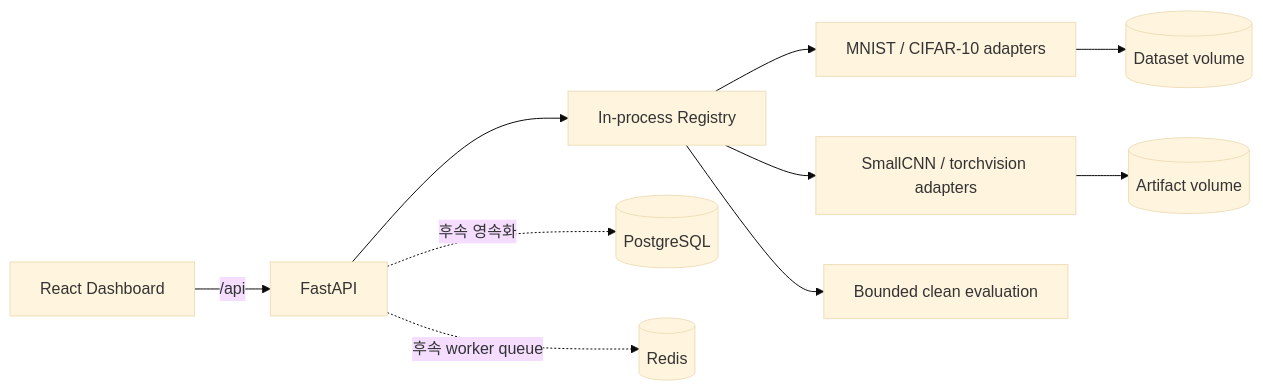
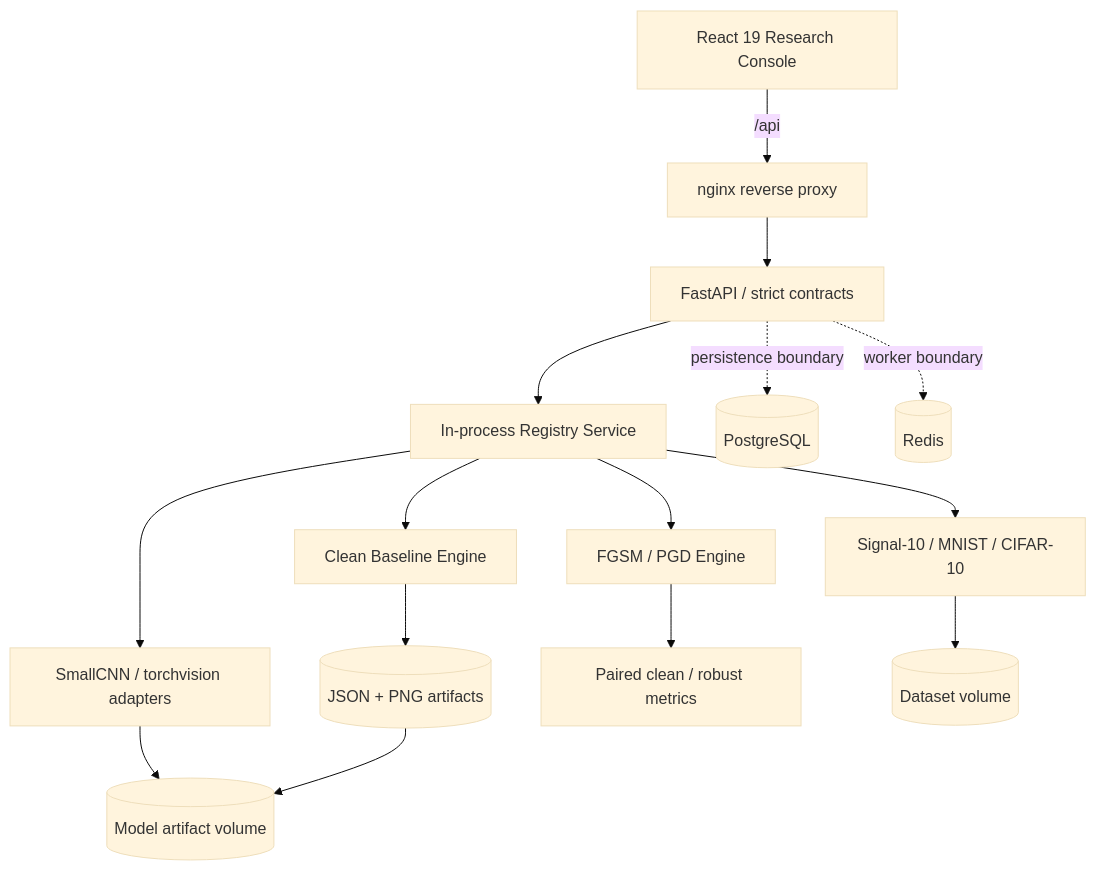
The third of 3 diagrams in README.md (MintKangaroo/AIShield), drawn with Mermaid (base theme) before and after one commit. The commit also changed other lines of this file and 43 other files, not shown here.

First line of the commit message:
feat: complete robustness dashboard and evaluation pipeline

````diff
--- a/README.md
+++ b/README.md
@@ -53,12 +304,21 @@
 ```mermaid
-flowchart LR
-    UI["React Dashboard"] -->|"/api"| API["FastAPI"]
-    API --> REG["In-process Registry"]
-    REG --> DATA["MNIST / CIFAR-10 adapters"]
+flowchart TB
+    UI["React 19 Research Console"] -->|"/api"| NGINX["nginx reverse proxy"]
+    NGINX --> API["FastAPI / strict contracts"]
+
+    API --> REG["In-process Registry Service"]
+    REG --> DATA["Signal-10 / MNIST / CIFAR-10"]
     REG --> MODEL["SmallCNN / torchvision adapters"]
-    REG --> EVAL["Bounded clean evaluation"]
-    DATA --> DV[("Dataset volume")]
-    MODEL --> AV[("Artifact volume")]
-    API -. "후속 영속화" .-> PG[("PostgreSQL")]
-    API -. "후속 worker queue" .-> REDIS[("Redis")]
+    REG --> BASE["Clean Baseline Engine"]
+    REG --> ATTACK["FGSM / PGD Engine"]
+
+    BASE --> EVIDENCE[("JSON + PNG artifacts")]
+    ATTACK --> METRIC["Paired clean / robust metrics"]
+
+    DATA --> DATA_VOL[("Dataset volume")]
+    MODEL --> ART_VOL[("Model artifact volume")]
+    EVIDENCE --> ART_VOL
+
+    API -. "persistence boundary" .-> PG[("PostgreSQL")]
+    API -. "worker boundary" .-> REDIS[("Redis")]
 ```
````
